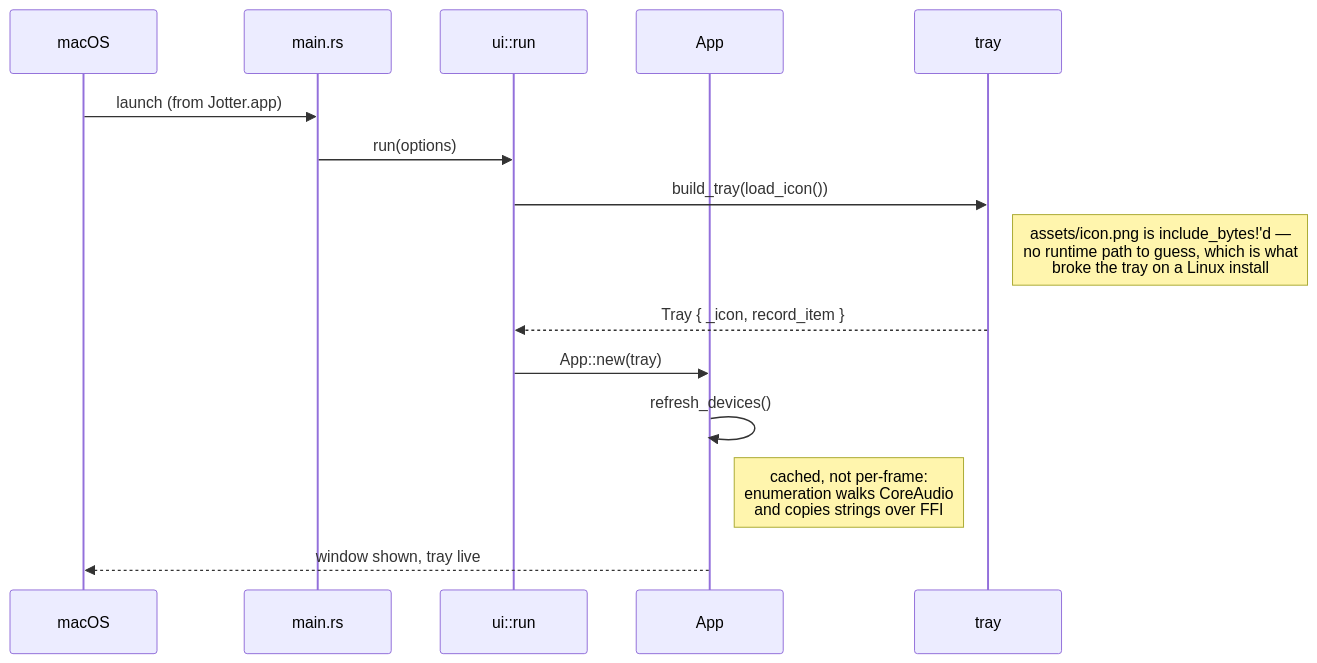
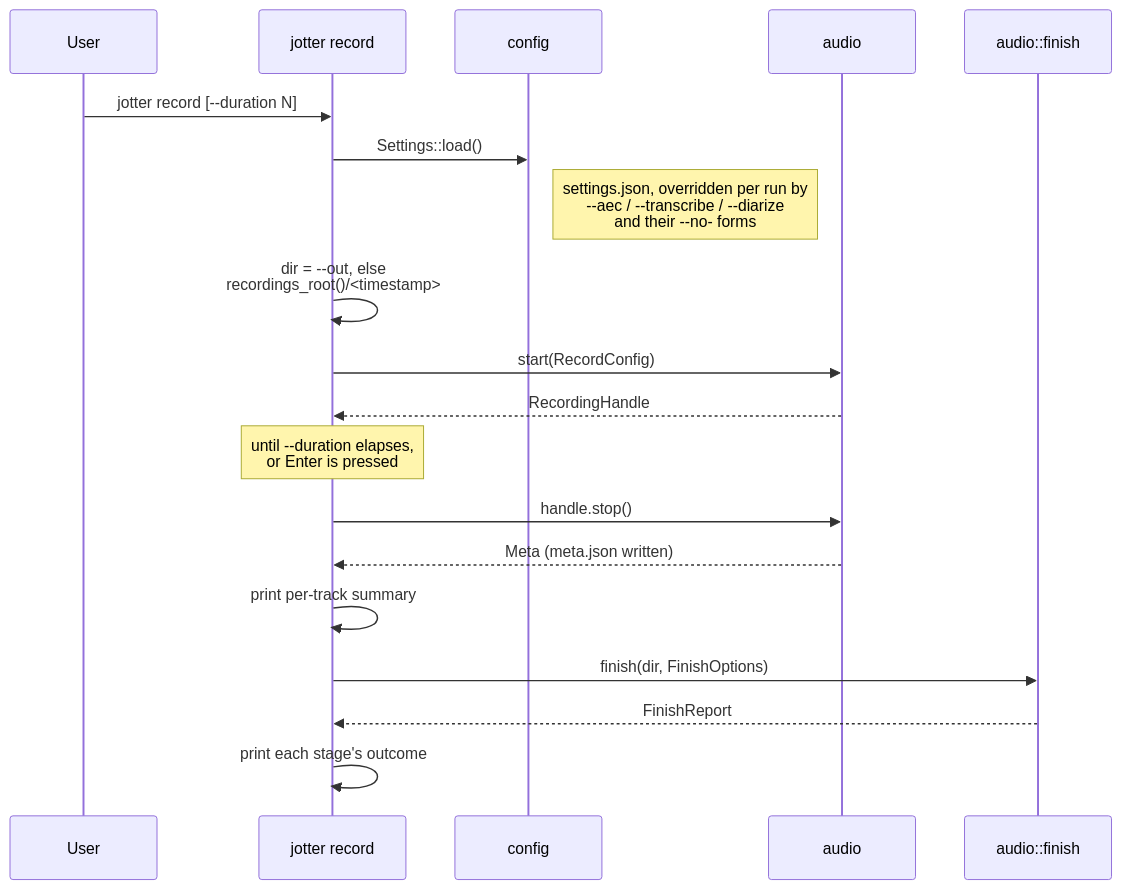
Before and after one commit to nfishel48/Jotter: the second of 9 diagrams in docs/ARCHITECTURE.md, drawn with Mermaid. The commit also changed other lines of this file and 80 other files, not shown here.

First line of the commit message:
feat: drop the tray app; CLI, library, and agent skill for live meeting context (#22)

````diff
--- a/docs/ARCHITECTURE.md
+++ b/docs/ARCHITECTURE.md
@@ -98,19 +137,22 @@
 ```mermaid
 sequenceDiagram
-    participant OS as macOS
-    participant M as main.rs
-    participant R as ui::run
-    participant A as App
-    participant T as tray
+    participant U as User
+    participant C as jotter record
+    participant S as config
+    participant A as audio
+    participant F as audio::finish
 
-    OS->>M: launch (from Jotter.app)
-    M->>R: run(options)
-    R->>T: build_tray(load_icon())
-    Note right of T: assets/icon.png is include_bytes!'d —<br/>no runtime path to guess, which is what<br/>broke the tray on a Linux install
-
-    T-->>R: Tray { _icon, record_item }
-    R->>A: App::new(tray)
-    A->>A: refresh_devices()
-    Note right of A: cached, not per-frame:<br/>enumeration walks CoreAudio<br/>and copies strings over FFI
-    A-->>OS: window shown, tray live
+    U->>C: jotter record [--duration N]
+    C->>S: Settings::load()
+    Note right of S: settings.json, overridden per run by<br/>--aec / --transcribe / --diarize<br/>and their --no- forms
+    C->>C: dir = --out, else<br/>recordings_root()/<timestamp>
+    C->>A: start(RecordConfig)
+    A-->>C: RecordingHandle
+    Note over C: until --duration elapses,<br/>or Enter is pressed
+    C->>A: handle.stop()
+    A-->>C: Meta (meta.json written)
+    C->>C: print per-track summary
+    C->>F: finish(dir, FinishOptions)
+    F-->>C: FinishReport
+    C->>C: print each stage's outcome
 ```
````
